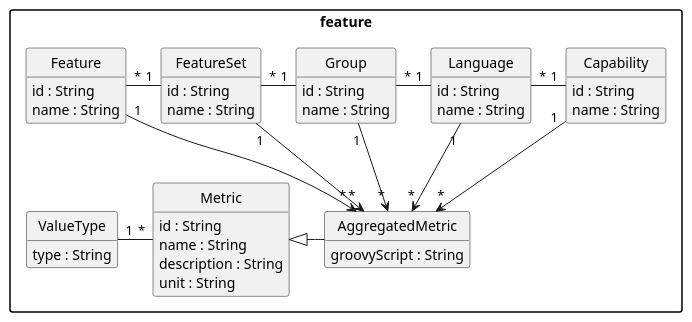
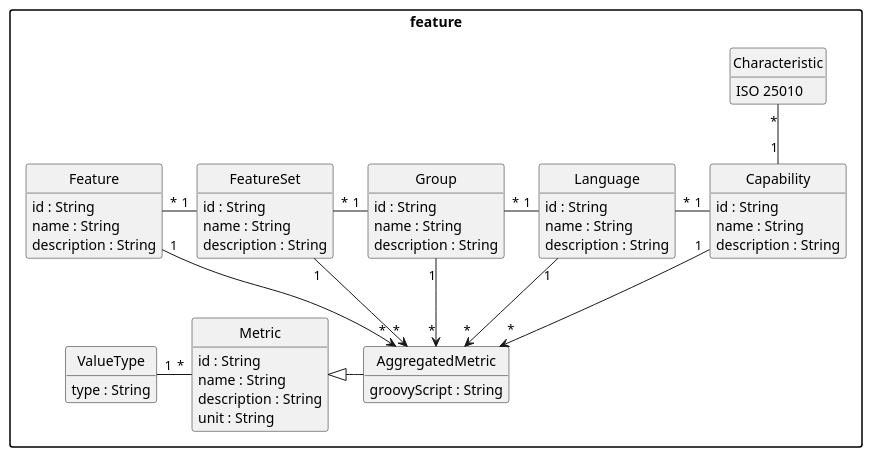
Before and after one commit to uniba-dsg/betsy: the diagram in pebl/doc/benchmark-feature.puml, drawn with PlantUML. The commit also changed 34 other files, not shown here.

```diff
--- a/pebl/doc/benchmark-feature.puml
+++ b/pebl/doc/benchmark-feature.puml
@@ -1,67 +1,78 @@
 @startuml
 package "feature" {
 
 	class ValueType {
 	  type : String
 	}
 
 	class AggregatedMetric {
 	  groovyScript : String
 	}
 
 	class Metric {
 	  id : String
 	  name : String
 	  description : String
 	  unit : String
 	}
 
+	enum Characteristic {
+		ISO 25010
+	}
+
 	class Capability {
 	  id : String
 	  name : String
+	  description : String
 	}
 
 	class Language {
 	  id : String
 	  name : String
+	  description : String
 	}
 
 	class Group {
 	  id : String
 	  name : String
+	  description : String
 	}
 
 	class FeatureSet {
 	  id : String
 	  name : String
+	  description : String
 	}
 
 	class Feature {
 	  id : String
 	  name : String
+	  description : String
 	}
 
 }
+
+Capability "1" -up- "*" Characteristic
 
 Feature "*" -right- "1" FeatureSet
 FeatureSet "*" -right- "1" Group
 Group "*" -right- "1" Language
 Language "*" -right- "1" Capability
 
 Metric "*" -left- "1" ValueType
 AggregatedMetric -left-|> Metric
 
 Capability "1" --> "*" AggregatedMetric
 Language "1" --> "*" AggregatedMetric
 Group "1" --> "*" AggregatedMetric
 FeatureSet "1" --> "*" AggregatedMetric
 Feature "1" --> "*" AggregatedMetric
 
 hide empty members
 hide empty methods
 hide circle
 
 skinparam monochrome true
 skinparam shadowing false
 skinparam packageStyle rect
 @enduml
```
